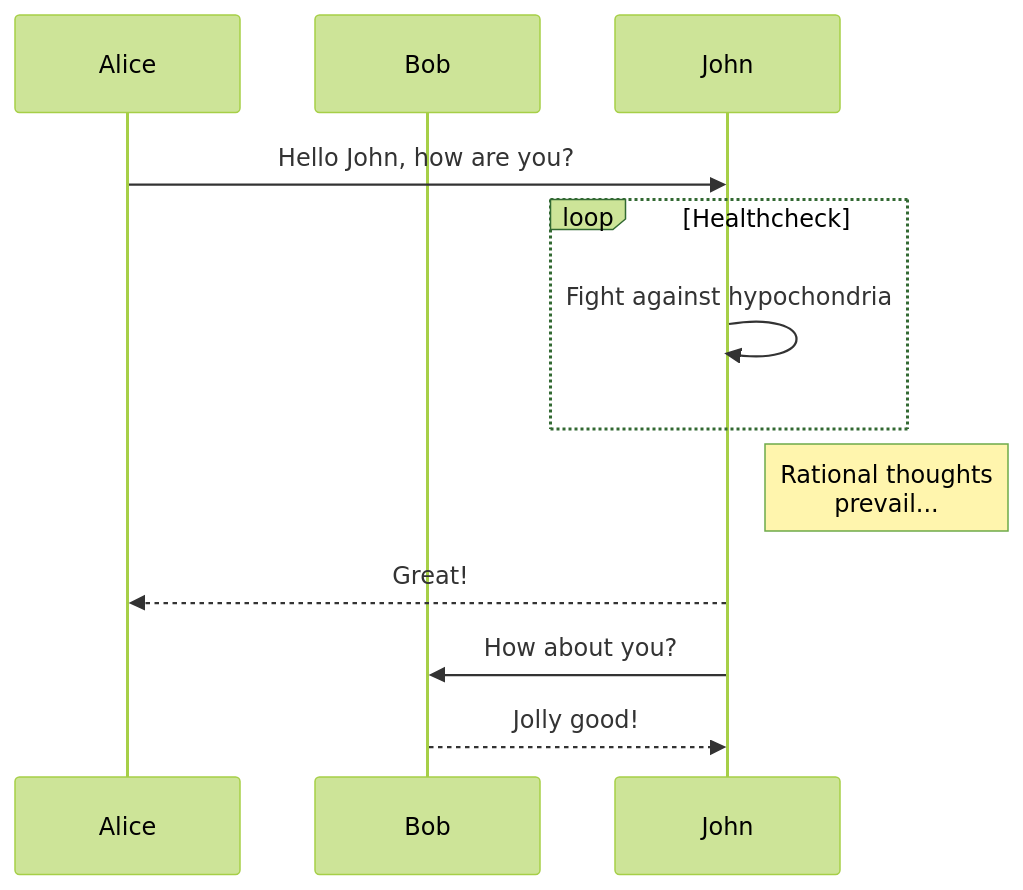
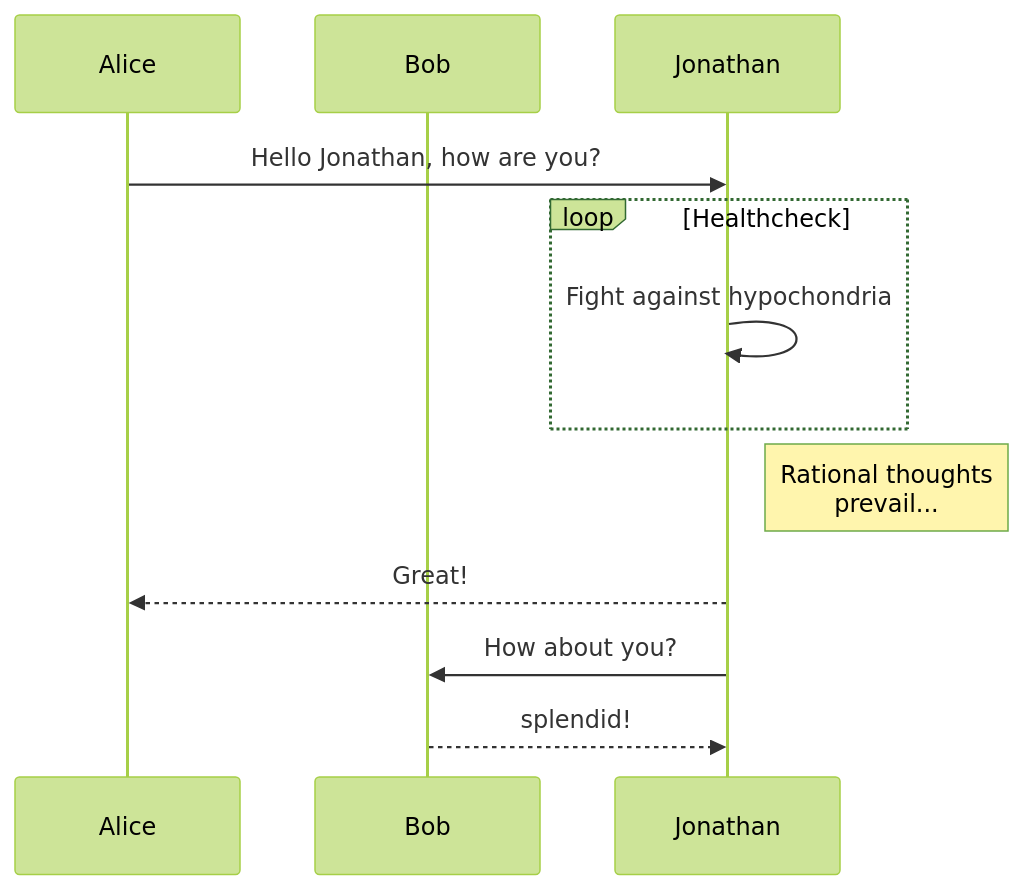
The first of 2 diagrams in hugo/content/docs/mermaid.md (asynkron/protoactor-website), drawn with Mermaid (forest theme) before and after one commit. The commit also changed other lines of this file and 1 other file, not shown here.

```diff
--- a/hugo/content/docs/mermaid.md
+++ b/hugo/content/docs/mermaid.md
@@ -3,13 +3,13 @@
 <div class="mermaid">
 sequenceDiagram
     participant Alice
     participant Bob
-    Alice->>John: Hello John, how are you?
+    Alice->>Jonathan: Hello Jonathan, how are you?
     loop Healthcheck
-        John->>John: Fight against hypochondria
+        Jonathan->>Jonathan: Fight against hypochondria
     end
-    Note right of John: Rational thoughts<br/>prevail...
-    John-->>Alice: Great!
-    John->>Bob: How about you?
-    Bob-->>John: Jolly good!
+    Note right of Jonathan: Rational thoughts<br/>prevail...
+    Jonathan-->>Alice: Great!
+    Jonathan->>Bob: How about you?
+    Bob-->>Jonathan: splendid!
 </div>
```
